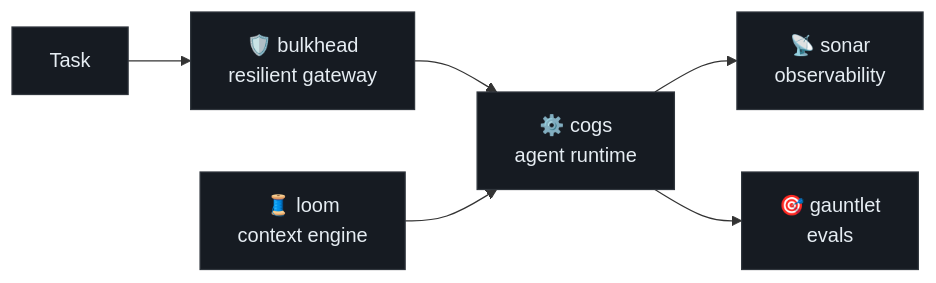
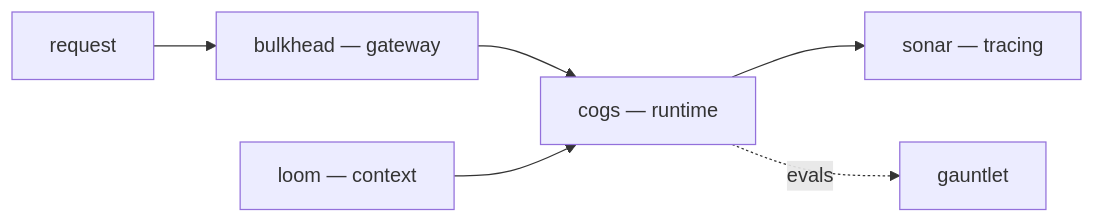
One commit to mbsdeepak/mbsdeepak changed the diagram in README.md. Above: the diagram before and after it, drawn with Mermaid. The commit also changed other lines of this file, not shown here.

````diff
--- a/README.md
+++ b/README.md
@@ -22,10 +11,8 @@
 ```mermaid
 flowchart LR
-    U["Task"] --> BH["🛡️ bulkhead<br/>resilient gateway"]
-    BH --> CG["⚙️ cogs<br/>agent runtime"]
-    LM["🧵 loom<br/>context engine"] --> CG
-    CG --> SN["📡 sonar<br/>observability"]
-    CG --> GT["🎯 gauntlet<br/>evals"]
-    classDef box fill:#161b22,stroke:#30363d,color:#e6edf3;
-    class U,BH,CG,LM,SN,GT box;
+  T["request"] --> BH["bulkhead — gateway"]
+  BH --> CG["cogs — runtime"]
+  LM["loom — context"] --> CG
+  CG --> SN["sonar — tracing"]
+  CG -. evals .-> GT["gauntlet"]
 ```
````
